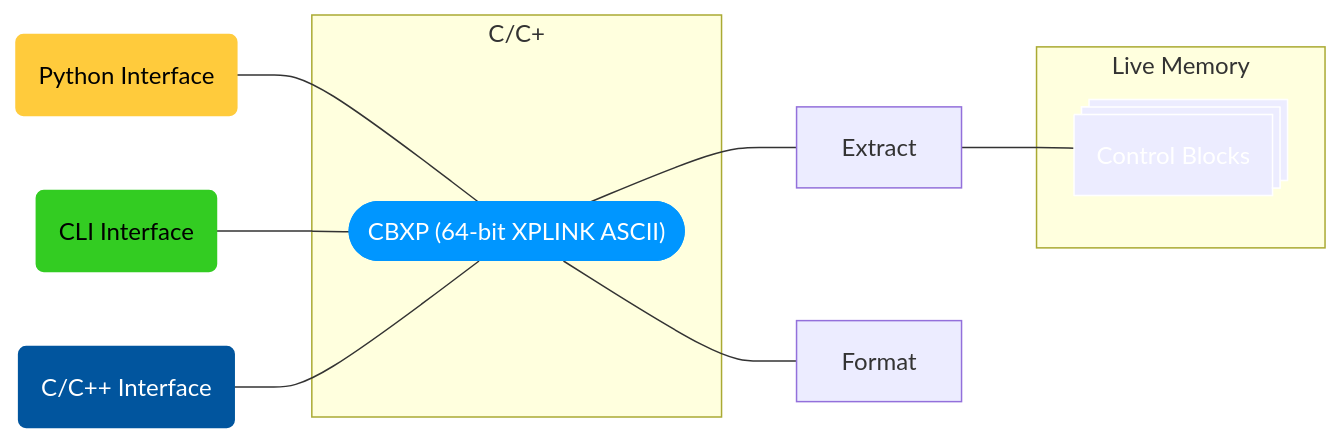
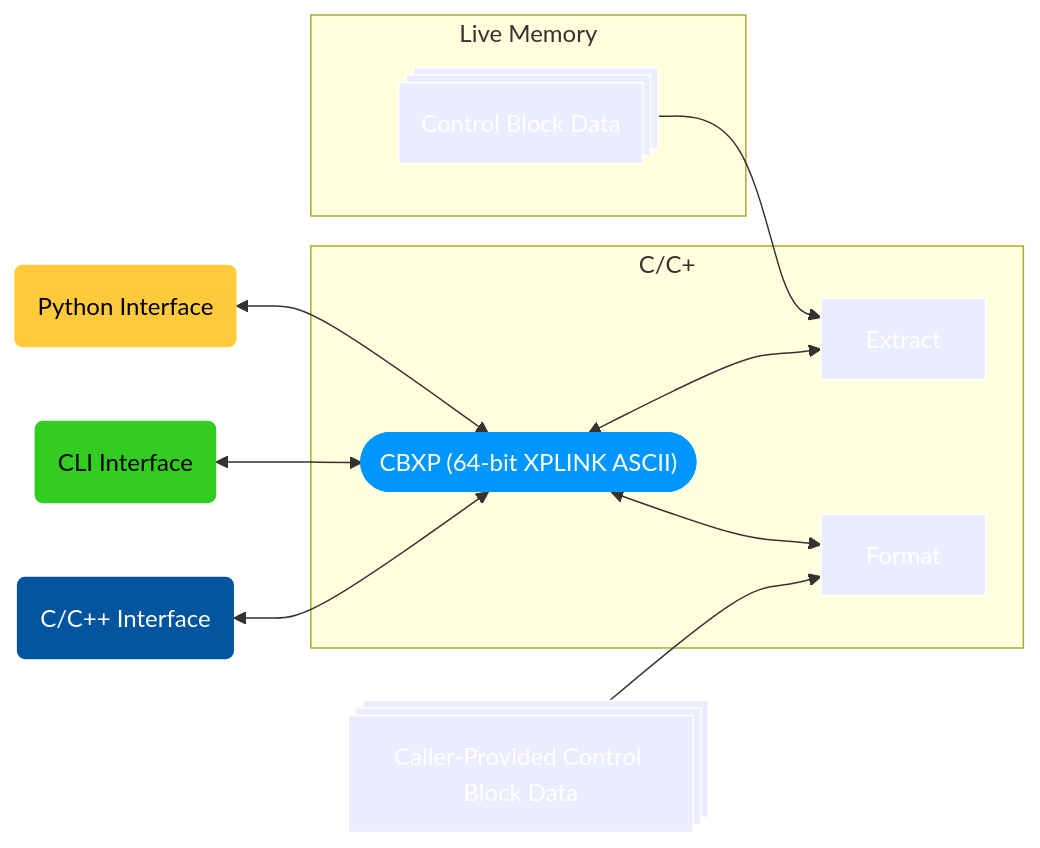
The diagram in index.md (ambitus/cbxp), drawn with Mermaid before and after one commit. The commit also changed 1 other file, not shown here.

```diff
--- a/index.md
+++ b/index.md
@@ -56,20 +56,27 @@
 <pre class="mermaid">
   flowchart LR
-    python(Python Interface) ---CBXP
+    python(Python Interface) <-->CBXP
     style python fill:#ffcb3c,color:#000,stroke:#ffcb3c
-    cli(CLI Interface) ---CBXP
+    cli(CLI Interface) <-->CBXP
     style cli fill:#33cc22,color:#000,stroke:#33cc22
-    C(C/C++ Interface) ---CBXP
+    C(C/C++ Interface) <-->CBXP
     style C fill:#01559e,color:#fff,stroke:#01559e
     subgraph C/C+
         CBXP(["CBXP (64-bit XPLINK ASCII)"])
         style CBXP fill:#0096ff,color:#fff,stroke:#0096ff
+        Extract
+        style Extract color:#fff,stroke:#fff
+        Format
+        style Format color:#fff,stroke:#fff
     end
-    CBXP--- Extract
-    CBXP--- Format
-    Extract ---control_blocks_memory
+    control_blocks_memory-->Extract
     subgraph "Live Memory"
-        control_blocks_memory@{ shape: procs, label: "Control Blocks"}
+        control_blocks_memory@{shape: procs, direction: RL, label: "Control Block Data"}
         style control_blocks_memory color:#fff,stroke:#fff
     end
+    CBXP<-->Extract
+    CBXP<-->Format
+    control_blocks_caller_provided-->Format
+    control_blocks_caller_provided@{shape: procs, label: "Caller-Provided Control Block Data"}
+    style control_blocks_caller_provided color:#fff,stroke:#fff
 </pre>
```
